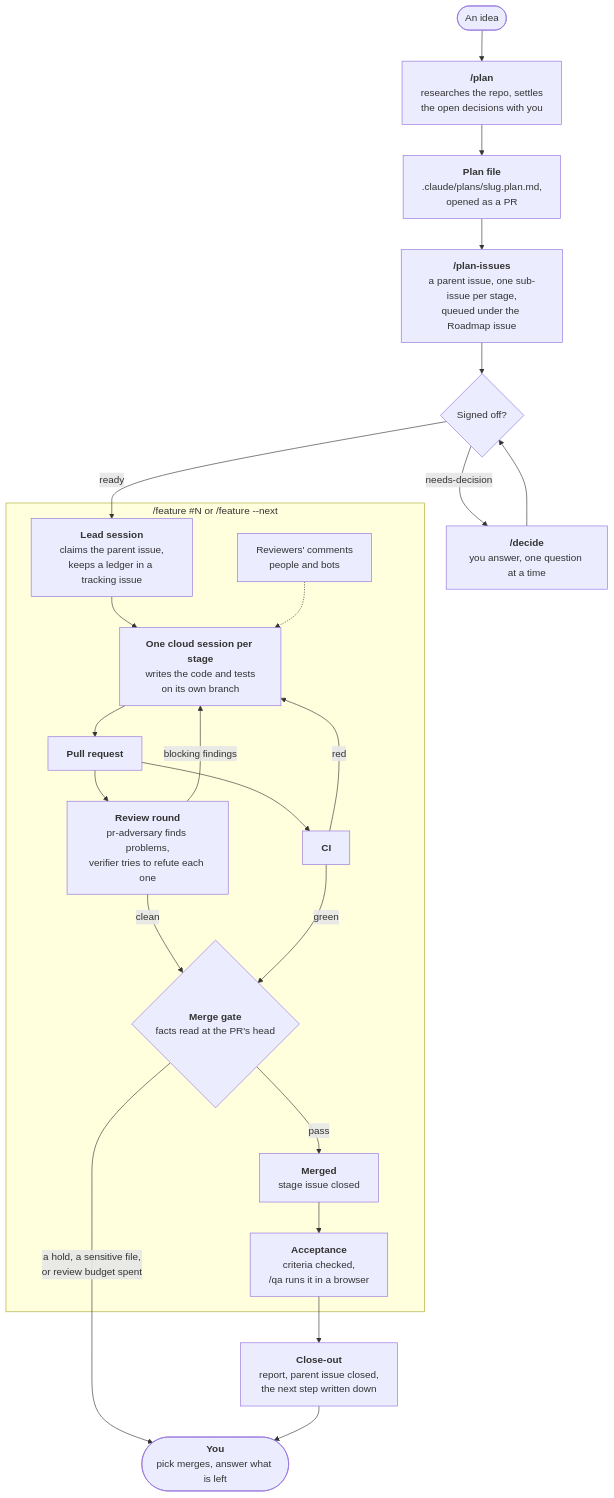
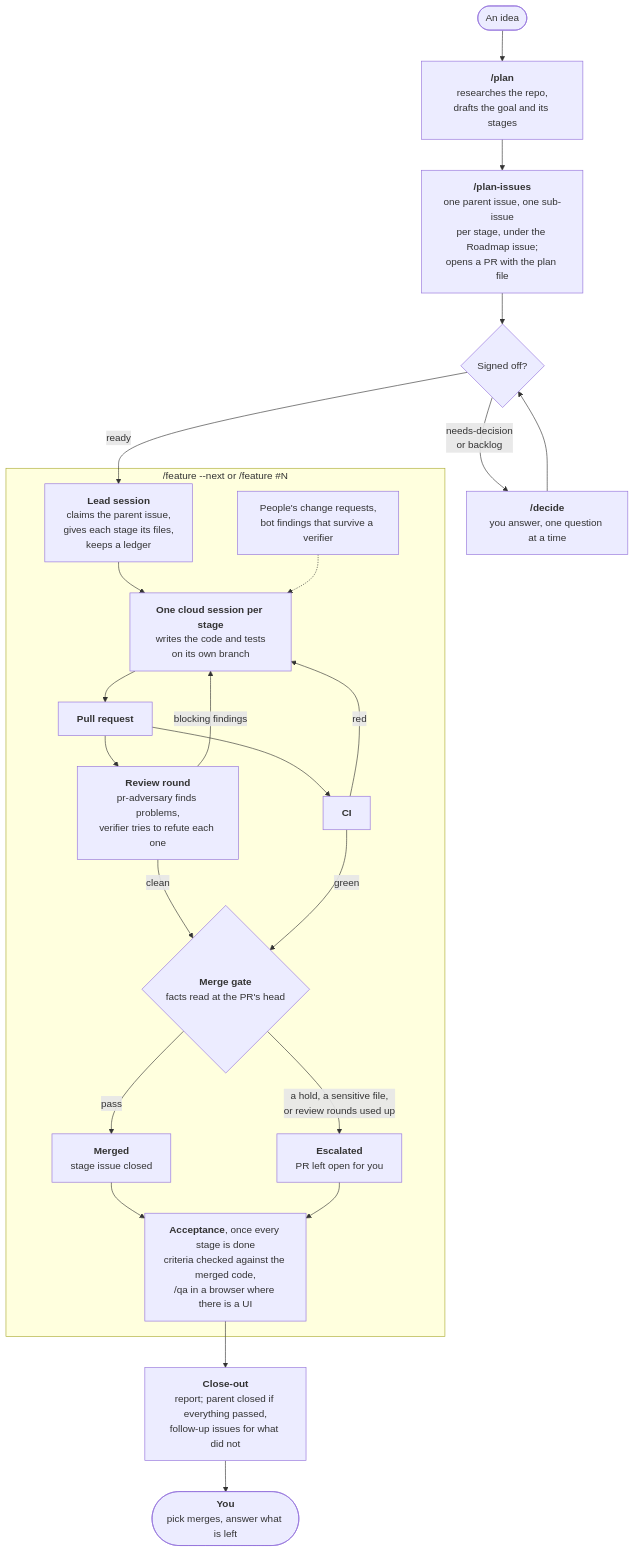
One commit to amritk/ai changed the diagram in README.md. Above: the diagram before and after it, drawn with Mermaid. The commit also changed other lines of this file, not shown here.

Commit message:
README: correct the flow section against what the skills do
Review rounds open on a new PR and after fixes, not on every commit, and
are capped; bot comments are verified first and a person's hold comes to
you; /plan-issues opens the plan PR; the merge gate lists all its
conditions; acceptance runs once after every stage, /qa only where there
is a UI; the parent closes only on a clean run.

Claude-Session: https://claude.ai/code/session_01YQzkw64T1vqY4AqStZGsK7

````diff
--- a/README.md
+++ b/README.md
@@ -10,30 +10,31 @@
 ```mermaid
 flowchart TD
-    idea(["An idea"]) --> plan["<b>/plan</b><br/>researches the repo, settles<br/>the open decisions with you"]
-    plan --> planfile["<b>Plan file</b><br/>.claude/plans/slug.plan.md,<br/>opened as a PR"]
-    planfile --> issues["<b>/plan-issues</b><br/>a parent issue, one sub-issue per stage,<br/>queued under the Roadmap issue"]
+    idea(["An idea"]) --> plan["<b>/plan</b><br/>researches the repo,<br/>drafts the goal and its stages"]
+    plan --> issues["<b>/plan-issues</b><br/>one parent issue, one sub-issue<br/>per stage, under the Roadmap issue;<br/>opens a PR with the plan file"]
     issues --> signed{"Signed off?"}
-    signed -- "needs-decision" --> decide["<b>/decide</b><br/>you answer, one question at a time"]
+    signed -- "needs-decision<br/>or backlog" --> decide["<b>/decide</b><br/>you answer, one question at a time"]
     decide --> signed
     signed -- "ready" --> lead
 
-    subgraph run ["/feature #N or /feature --next"]
-        lead["<b>Lead session</b><br/>claims the parent issue,<br/>keeps a ledger in a tracking issue"]
+    subgraph run ["/feature --next or /feature #N"]
+        lead["<b>Lead session</b><br/>claims the parent issue,<br/>gives each stage its files,<br/>keeps a ledger"]
         lead --> worker["<b>One cloud session per stage</b><br/>writes the code and tests<br/>on its own branch"]
         worker --> pr["<b>Pull request</b>"]
         pr --> review["<b>Review round</b><br/>pr-adversary finds problems,<br/>verifier tries to refute each one"]
         pr --> ci["<b>CI</b>"]
         review -- "blocking findings" --> worker
         ci -- "red" --> worker
-        comments["Reviewers' comments<br/>people and bots"] -.-> worker
+        comments["People's change requests,<br/>bot findings that survive a verifier"] -.-> worker
         review -- "clean" --> gate
         ci -- "green" --> gate
         gate{"<b>Merge gate</b><br/>facts read at the PR's head"}
         gate -- "pass" --> merged["<b>Merged</b><br/>stage issue closed"]
-        merged --> accept["<b>Acceptance</b><br/>criteria checked,<br/>/qa runs it in a browser"]
+        gate -- "a hold, a sensitive file,<br/>or review rounds used up" --> escalated["<b>Escalated</b><br/>PR left open for you"]
+        merged --> accept
+        escalated --> accept
+        accept["<b>Acceptance</b>, once every stage is done<br/>criteria checked against the merged code,<br/>/qa in a browser where there is a UI"]
     end
 
-    gate -- "a hold, a sensitive file,<br/>or review budget spent" --> you
-    accept --> close["<b>Close-out</b><br/>report, parent issue closed,<br/>the next step written down"]
+    accept --> close["<b>Close-out</b><br/>report; parent closed if everything passed,<br/>follow-up issues for what did not"]
     close --> you(["<b>You</b><br/>pick merges, answer what is left"])
 ```
````
